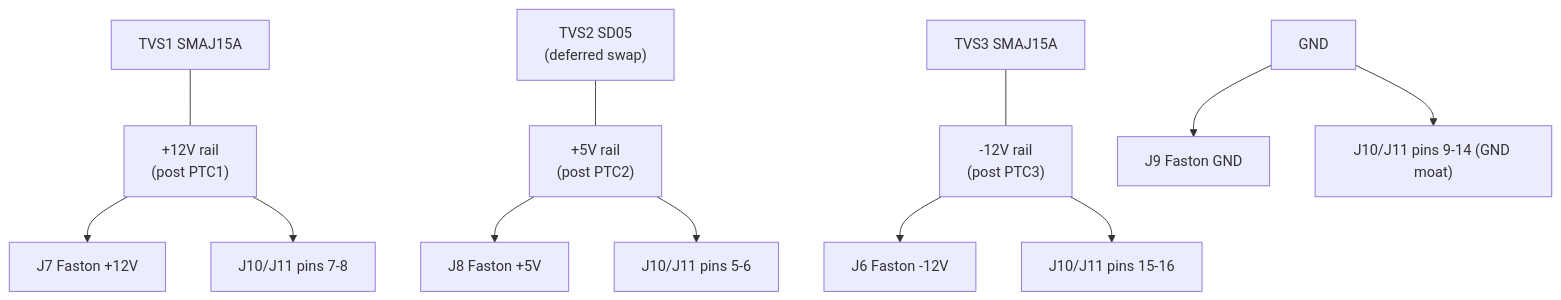
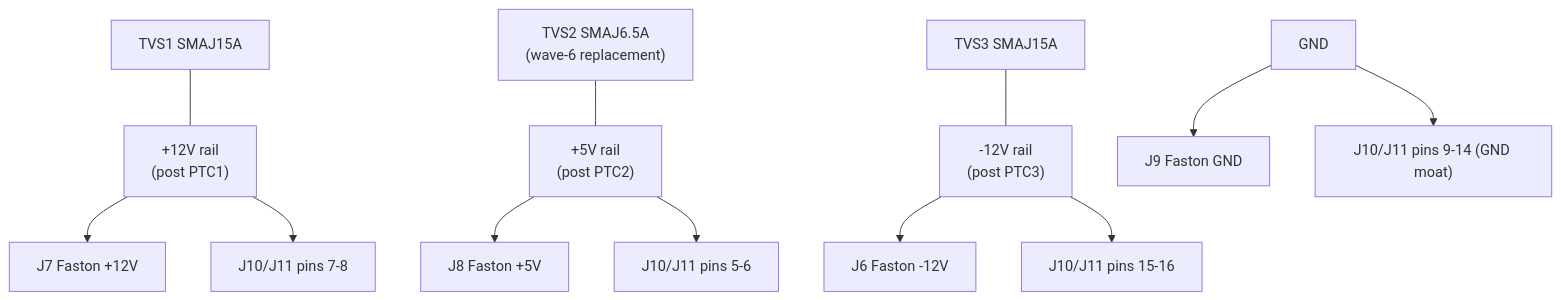
One commit to Takazudo/zudo-power-usb-pd changed the second of 2 diagrams in doc/src/content/docs/overview/board-b-synth-power.md. Above: the diagram before and after it, drawn with Mermaid. The commit also changed other lines of this file and 8 other files, not shown here.

````diff
--- a/doc/src/content/docs/overview/board-b-synth-power.md
+++ b/doc/src/content/docs/overview/board-b-synth-power.md
@@ -312,16 +342,16 @@
 ```mermaid
 flowchart TD
   P12["+12V rail\n(post PTC1)"] --> J7["J7 Faston +12V"]
   P5["+5V rail\n(post PTC2)"] --> J8["J8 Faston +5V"]
   N12["-12V rail\n(post PTC3)"] --> J6["J6 Faston -12V"]
   GNDN["GND"] --> J9["J9 Faston GND"]
 
   P12 --> J1078["J10/J11 pins 7-8"]
   P5 --> J1056["J10/J11 pins 5-6"]
   GNDN --> J10914["J10/J11 pins 9-14 (GND moat)"]
   N12 --> J101516["J10/J11 pins 15-16"]
 
   TVS1["TVS1 SMAJ15A"] --- P12
-  TVS2["TVS2 SD05\n(deferred swap)"] --- P5
+  TVS2["TVS2 SMAJ6.5A\n(wave-6 replacement)"] --- P5
   TVS3["TVS3 SMAJ15A"] --- N12
 ```
````
